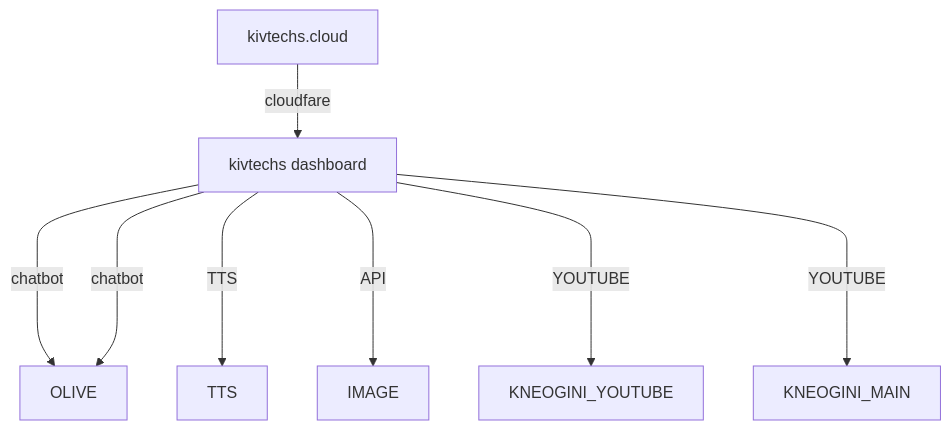
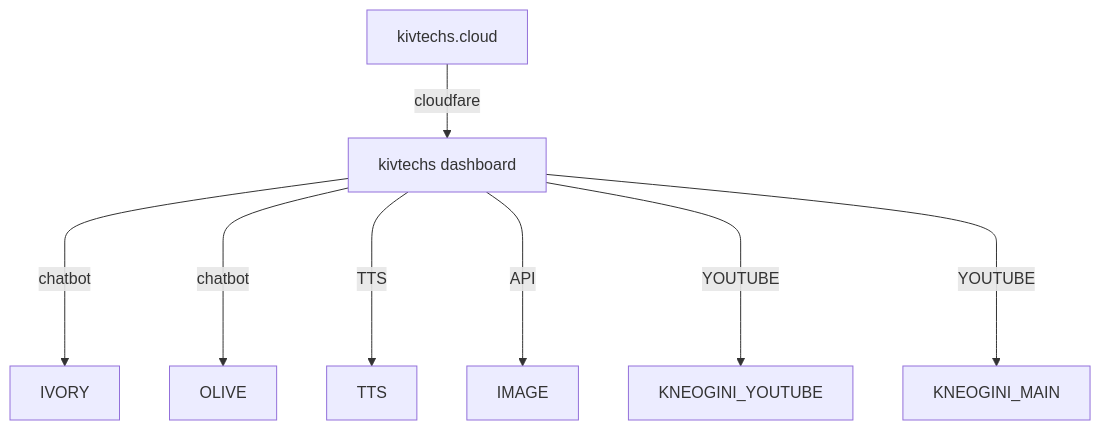
The second of 2 diagrams in README.md (kivtechs-uml/kivtechs-uml), drawn with Mermaid before and after one commit.

````diff
--- a/README.md
+++ b/README.md
@@ -22,14 +22,14 @@
 ```mermaid
 flowchart TD
     A[kivtechs.cloud] -->|cloudfare| B(kivtechs dashboard)
-    B[kivtechs dashboard] ----> |chatbot| C[IVORY]
-    B[kivtechs dashboard] ----> |chatbot| C[OLIVE]
+    B[kivtechs dashboard] ----> |chatbot| C1[IVORY]
+    B[kivtechs dashboard] ----> |chatbot| C2[OLIVE]
     B[kivtechs dashboard] ----> |TTS| D[TTS]
     B[kivtechs dashboard] ----> |API| E[IMAGE]
  B[kivtechs dashboard] ----> |YOUTUBE| F[KNEOGINI_YOUTUBE]
 B[kivtechs dashboard] ----> |YOUTUBE| G[KNEOGINI_MAIN]
 
 
 
 
 ```
````
